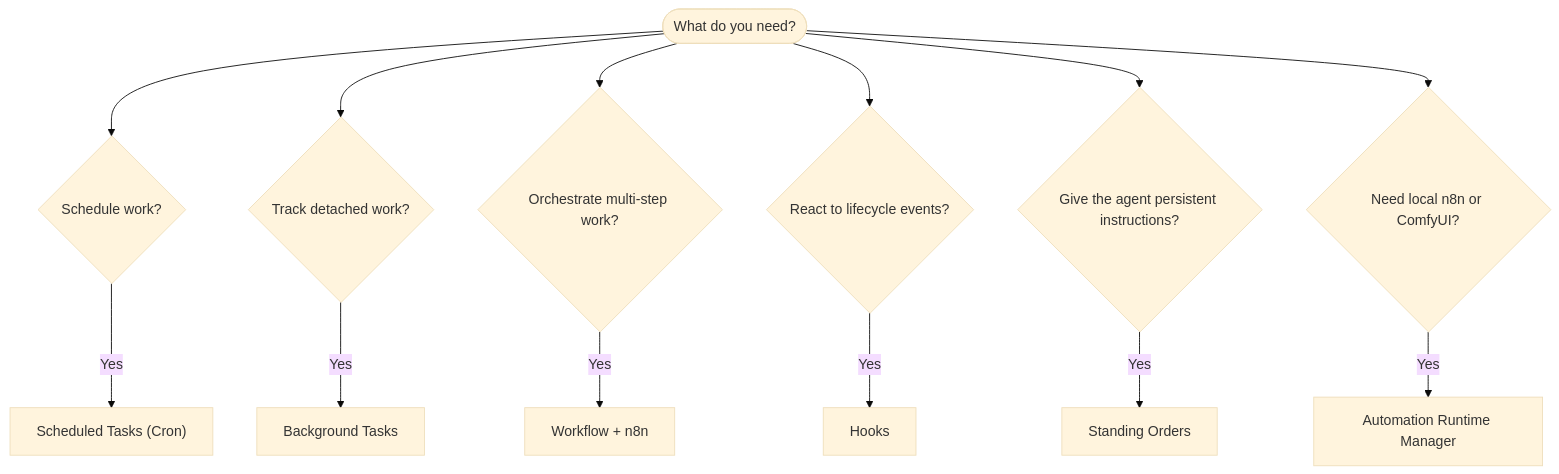
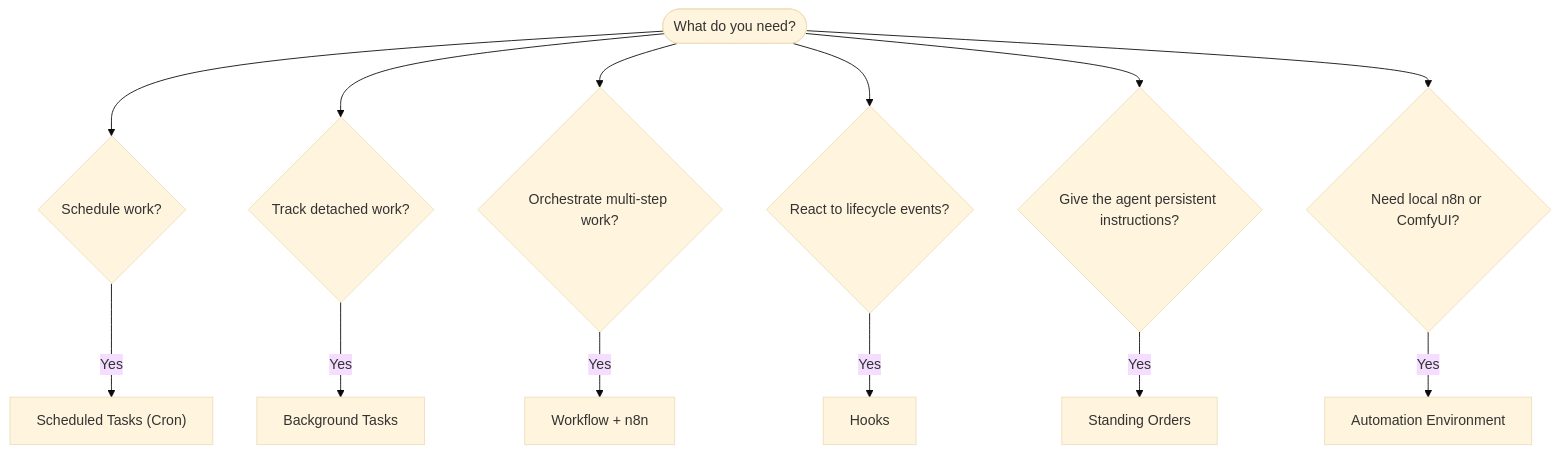
One commit to qianleigood/crawclaw changed the diagram in docs/automation/index.md. Above: the diagram before and after it, drawn with Mermaid (base theme). The commit also changed other lines of this file and 25 other files, not shown here.

````diff
--- a/docs/automation/index.md
+++ b/docs/automation/index.md
@@ -19,17 +19,17 @@
 ```mermaid
 flowchart TD
     START([What do you need?]) --> Q1{Schedule work?}
     START --> Q2{Track detached work?}
     START --> Q3{Orchestrate multi-step work?}
     START --> Q4{React to lifecycle events?}
     START --> Q5{Give the agent persistent instructions?}
     START --> Q6{Need local n8n or ComfyUI?}
 
     Q1 -->|Yes| CRON["Scheduled Tasks (Cron)"]
 
     Q2 -->|Yes| TASKS[Background Tasks]
     Q3 -->|Yes| FLOW[Workflow + n8n]
     Q4 -->|Yes| HOOKS[Hooks]
     Q5 -->|Yes| SO[Standing Orders]
-    Q6 -->|Yes| RUNTIME[Automation Runtime Manager]
+    Q6 -->|Yes| ENV[Automation Environment]
 ```
````
